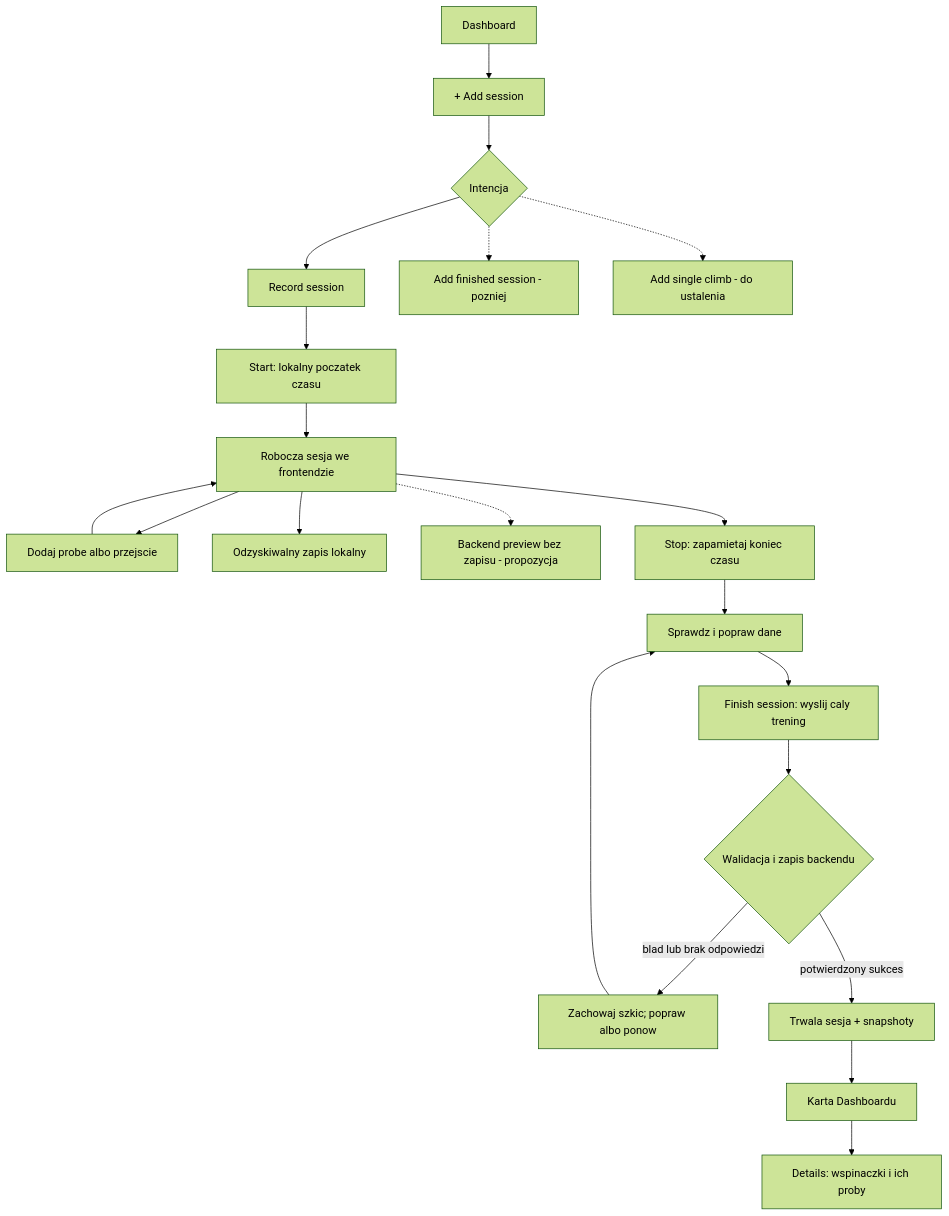
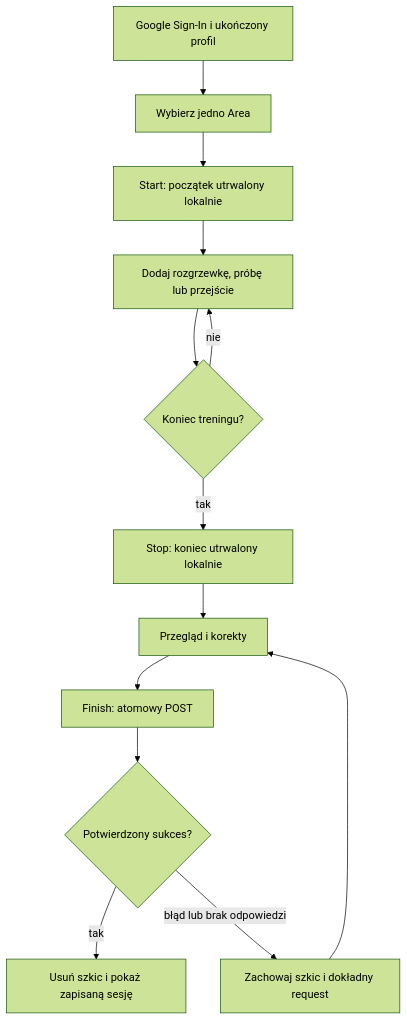
The diagram in .ai/documentation/diagrams/record-session-flow.md (mihuwis/ClimbBetter), drawn with Mermaid (forest theme) before and after one commit. The commit also changed other lines of this file and 282 other files, not shown here.

````diff
--- a/.ai/documentation/diagrams/record-session-flow.md
+++ b/.ai/documentation/diagrams/record-session-flow.md
@@ -5,23 +5,15 @@
 ```mermaid
 flowchart TD
-    Dashboard[Dashboard] --> Add[+ Add session]
-    Add --> Intent{Intencja}
-    Intent --> Record[Record session]
-    Intent -.-> Finished[Add finished session - pozniej]
-    Intent -.-> Single[Add single climb - do ustalenia]
-    Record --> Start[Start: lokalny poczatek czasu]
-    Start --> Draft[Robocza sesja we frontendzie]
-    Draft --> Entry[Dodaj probe albo przejscie]
-    Entry --> Draft
-    Draft --> Persist[Odzyskiwalny zapis lokalny]
-    Draft -.-> Preview[Backend preview bez zapisu - propozycja]
-    Draft --> Stop[Stop: zapamietaj koniec czasu]
-    Stop --> Review[Sprawdz i popraw dane]
-    Review --> Finish[Finish session: wyslij caly trening]
-    Finish --> Validate{Walidacja i zapis backendu}
-    Validate -->|blad lub brak odpowiedzi| Keep[Zachowaj szkic; popraw albo ponow]
-    Keep --> Review
-    Validate -->|potwierdzony sukces| Saved[Trwala sesja + snapshoty]
-    Saved --> Feed[Karta Dashboardu]
-    Feed --> Details[Details: wspinaczki i ich proby]
+    A[Google Sign-In i ukończony profil] --> B[Wybierz jedno Area]
+    B --> C[Start: początek utrwalony lokalnie]
+    C --> D[Dodaj rozgrzewkę, próbę lub przejście]
+    D --> E{Koniec treningu?}
+    E -->|nie| D
+    E -->|tak| F[Stop: koniec utrwalony lokalnie]
+    F --> G[Przegląd i korekty]
+    G --> H[Finish: atomowy POST]
+    H --> I{Potwierdzony sukces?}
+    I -->|tak| J[Usuń szkic i pokaż zapisaną sesję]
+    I -->|błąd lub brak odpowiedzi| K[Zachowaj szkic i dokładny request]
+    K --> G
 ```
````
